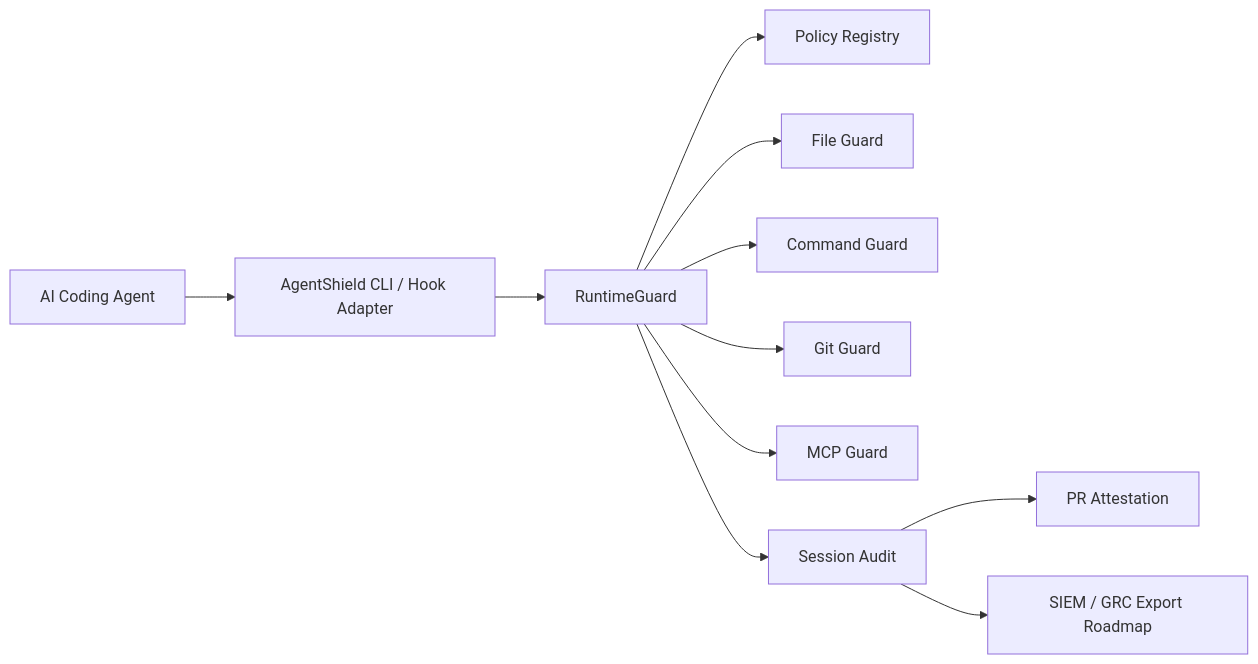
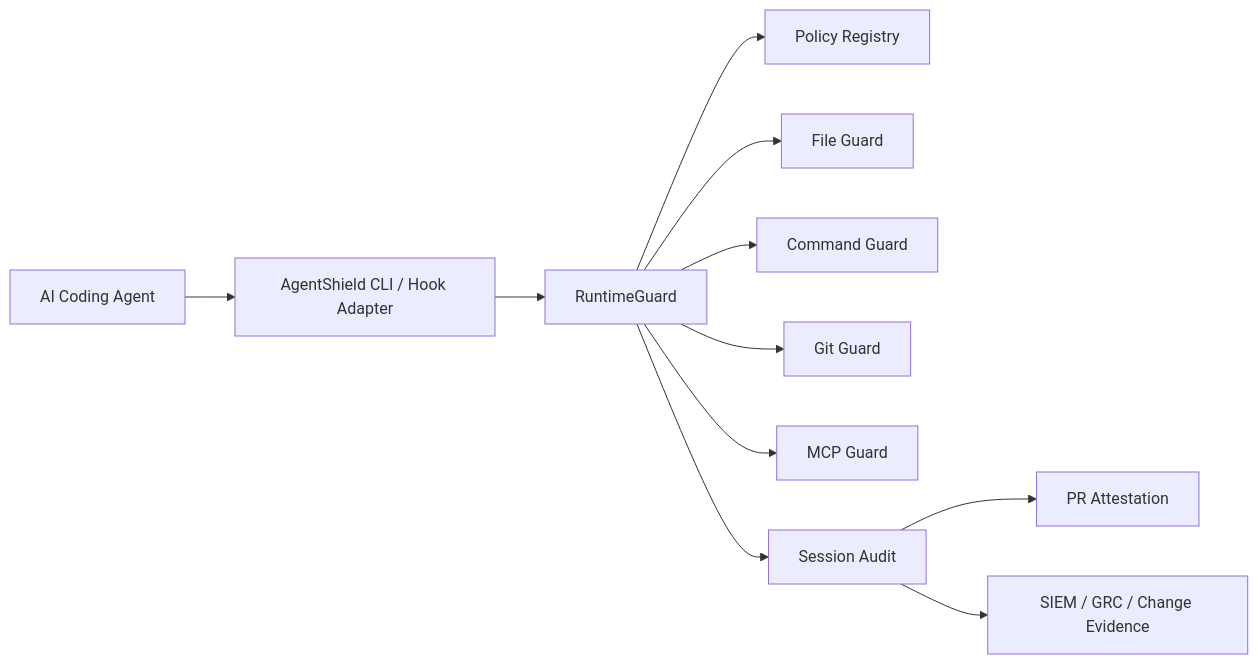
The diagram in README.md (Huzefaaa2/terraguard-agentshield), drawn with Mermaid before and after one commit. The commit also changed other lines of this file and 15 other files, not shown here.

````diff
--- a/README.md
+++ b/README.md
@@ -201,13 +215,13 @@
 ```mermaid
 flowchart LR
     A[AI Coding Agent] --> B[AgentShield CLI / Hook Adapter]
     B --> C[RuntimeGuard]
     C --> D[Policy Registry]
     C --> E[File Guard]
     C --> F[Command Guard]
     C --> G[Git Guard]
     C --> H[MCP Guard]
     C --> I[Session Audit]
     I --> J[PR Attestation]
-    I --> K[SIEM / GRC Export Roadmap]
+    I --> K[SIEM / GRC / Change Evidence]
 ```
````
